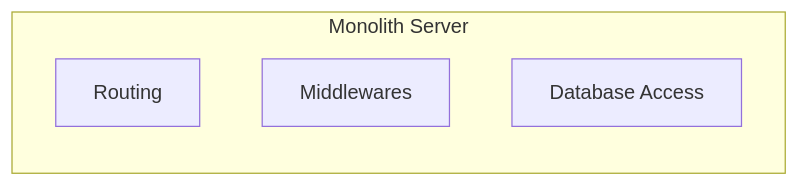
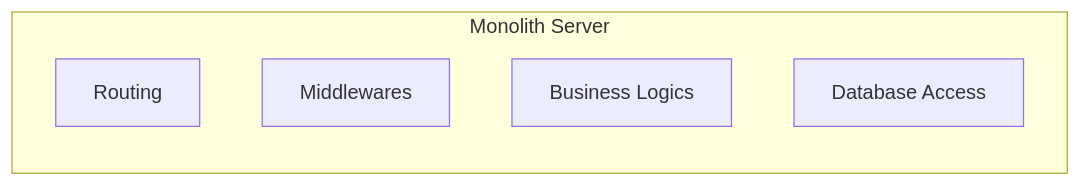
The first of 2 diagrams in README.md (albin-joseph/nodejs-micro-service), drawn with Mermaid before and after one commit. The commit also changed other lines of this file, not shown here.

````diff
--- a/README.md
+++ b/README.md
@@ -5,10 +6,10 @@
-``` mermaid
+ ``` mermaid
     flowchart LR;
         subgraph Monolith Server
         step1["Routing"]
         step2["Middlewares"]
         step3["Business Logics"]
-        step3["Database Access"]
+        step4["Database Access"]
         end
 
 ```
````
